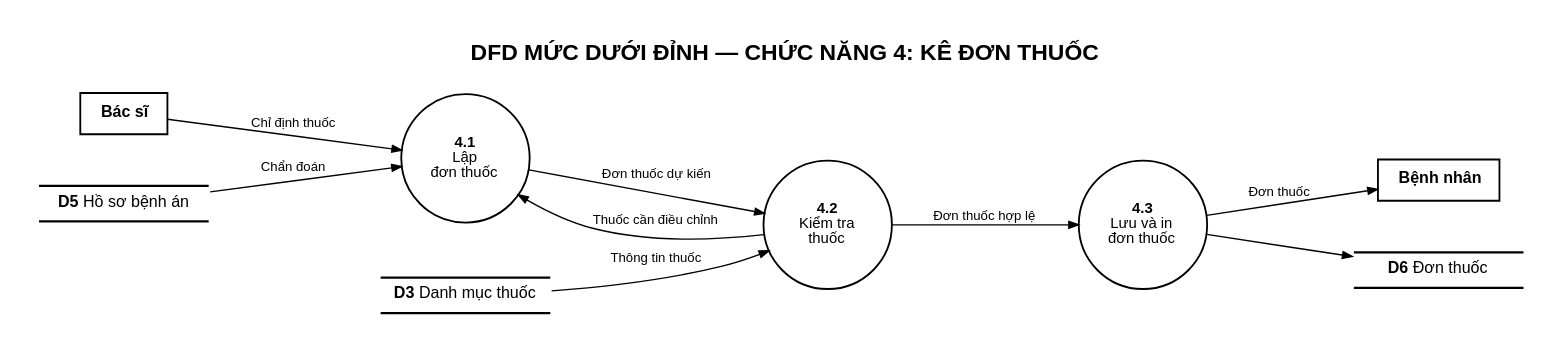
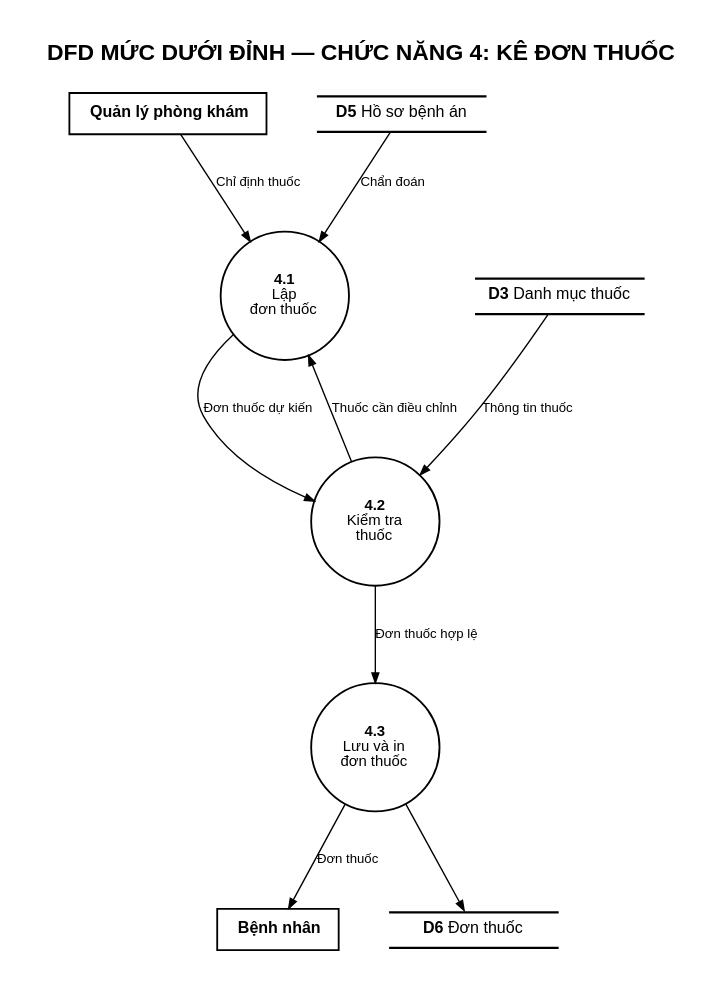
The diagram in nguon/07-DFD-muc-2-chuc-nang-4-ke-don-thuoc.gv (DamDucThinh/quan-ly-phong-kham), drawn with Graphviz before and after one commit. The commit also changed 147 other files, not shown here.

```diff
--- a/nguon/07-DFD-muc-2-chuc-nang-4-ke-don-thuoc.gv
+++ b/nguon/07-DFD-muc-2-chuc-nang-4-ke-don-thuoc.gv
@@ -1,21 +1,21 @@
 digraph G {
-  graph [fontname="Arial", bgcolor="white", pad=0.35, labelloc=t, fontsize=20, label=<<B>DFD MỨC DƯỚI ĐỈNH — CHỨC NĂNG 4: KÊ ĐƠN THUỐC</B><BR/> >, rankdir=LR, nodesep=0.6, ranksep=1.0];
+  graph [fontname="Arial", bgcolor="white", pad=0.35, labelloc=t, fontsize=20, label=<<B>DFD MỨC DƯỚI ĐỈNH — CHỨC NĂNG 4: KÊ ĐƠN THUỐC</B><BR/> >, rankdir=TB, nodesep=0.6, ranksep=1.0];
   node [fontname="Arial", color="black"];
   edge [fontname="Arial", fontsize=11.5, arrowsize=0.85, penwidth=1.2];
-  BS [shape=box, style="filled,bold", fillcolor="#ffffff", penwidth=1.6, margin="0.25,0.14", fontsize=14, label=<<B>Bác sĩ</B>>];
+  QL [shape=box, style="filled,bold", fillcolor="#ffffff", penwidth=1.6, margin="0.25,0.14", fontsize=14, label=<<B>Quản lý phòng khám</B>>];
   BN [shape=box, style="filled,bold", fillcolor="#ffffff", penwidth=1.6, margin="0.25,0.14", fontsize=14, label=<<B>Bệnh nhân</B>>];
   P41 [shape=circle, fixedsize=true, width=1.55, penwidth=1.6, fontsize=13, label=<<B>4.1</B><BR/>Lập<BR/>đơn thuốc>];
   P42 [shape=circle, fixedsize=true, width=1.55, penwidth=1.6, fontsize=13, label=<<B>4.2</B><BR/>Kiểm tra<BR/>thuốc>];
   P43 [shape=circle, fixedsize=true, width=1.55, penwidth=1.6, fontsize=13, label=<<B>4.3</B><BR/>Lưu và in<BR/>đơn thuốc>];
   D5 [shape=plain, label=<<TABLE BORDER="0" CELLBORDER="1" CELLSPACING="0" CELLPADDING="7"><TR><TD SIDES="TB" BORDER="2" WIDTH="150"><B>D5</B>  Hồ sơ bệnh án</TD></TR></TABLE>>];
   D3 [shape=plain, label=<<TABLE BORDER="0" CELLBORDER="1" CELLSPACING="0" CELLPADDING="7"><TR><TD SIDES="TB" BORDER="2" WIDTH="150"><B>D3</B>  Danh mục thuốc</TD></TR></TABLE>>];
   D6 [shape=plain, label=<<TABLE BORDER="0" CELLBORDER="1" CELLSPACING="0" CELLPADDING="7"><TR><TD SIDES="TB" BORDER="2" WIDTH="150"><B>D6</B>  Đơn thuốc</TD></TR></TABLE>>];
-  BS -> P41 [label=<Chỉ định thuốc>];
+  QL -> P41 [label=<Chỉ định thuốc>];
   D5 -> P41 [label=<Chẩn đoán>];
   P41 -> P42 [label=<Đơn thuốc dự kiến>];
   D3 -> P42 [label=<Thông tin thuốc>];
   P42 -> P41 [label=<Thuốc cần điều chỉnh>];
   P42 -> P43 [label=<Đơn thuốc hợp lệ>];
   P43 -> D6 [];
   P43 -> BN [label=<Đơn thuốc>];
 }
```
